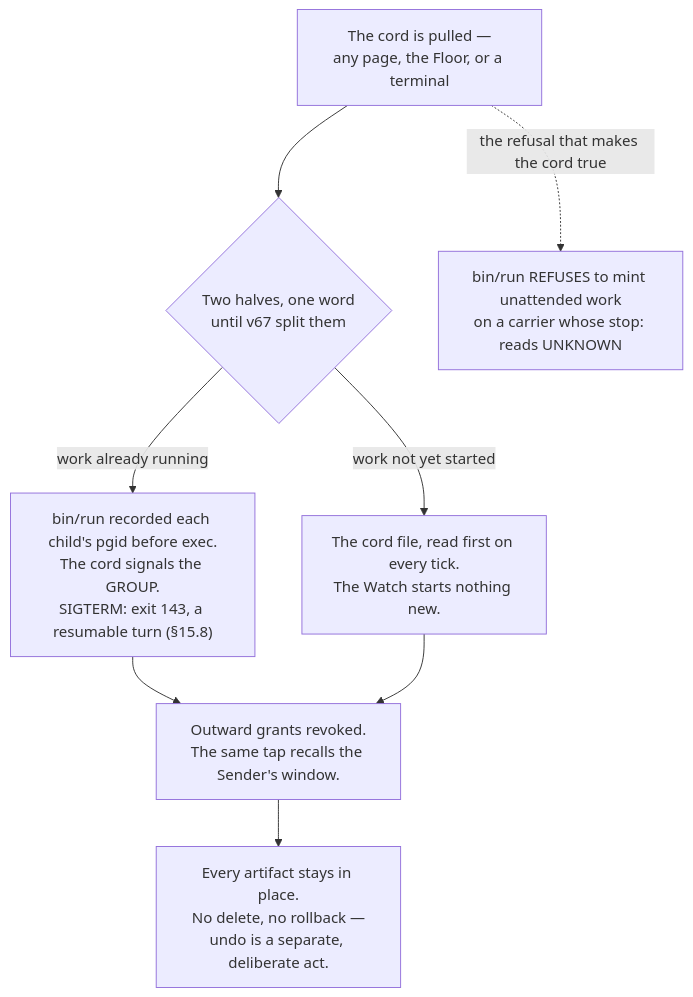
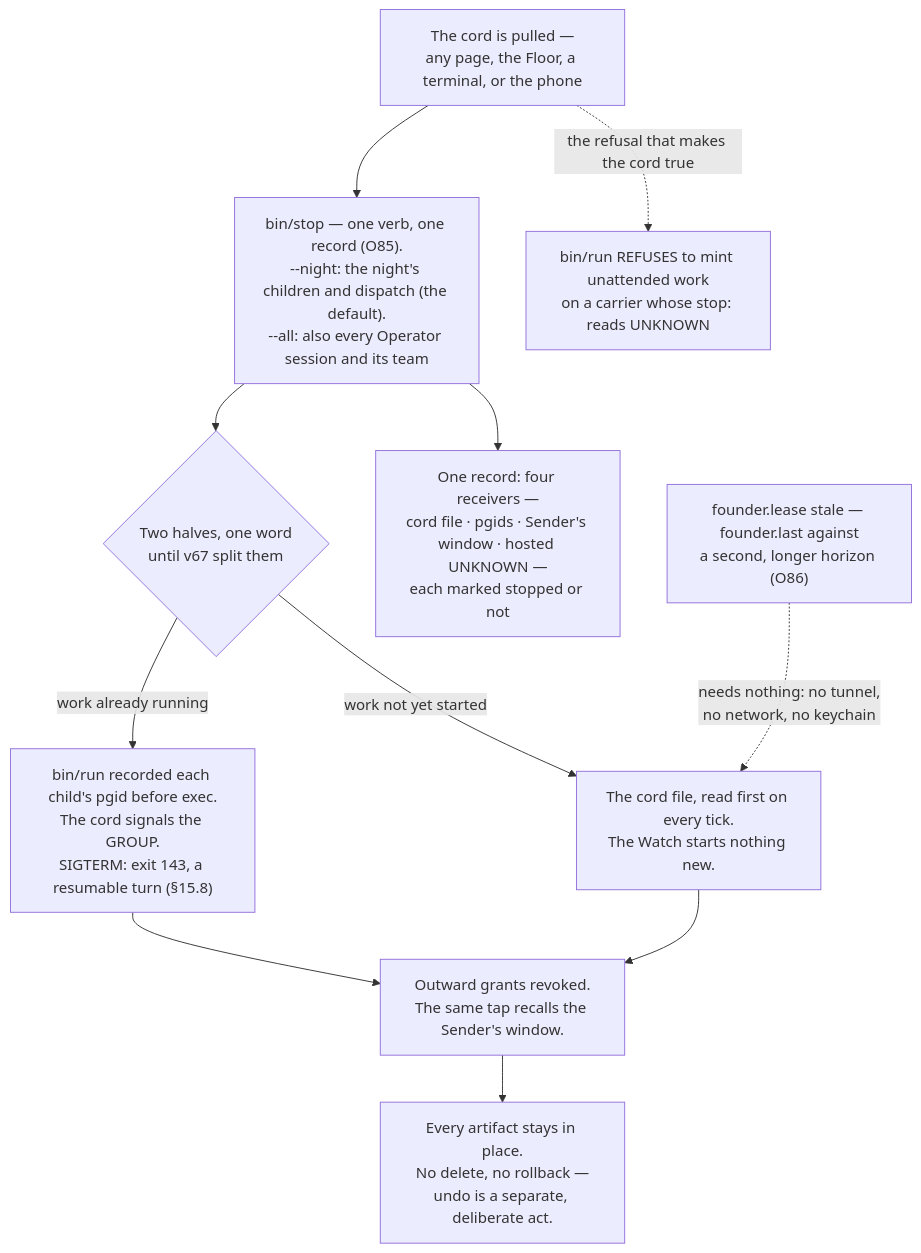
One commit to Adam077K/agentvibe changed the fifth of 5 diagrams in docs/03-system-design/final-v2/parts/12-control.md. Above: the diagram before and after it, drawn with Mermaid. The commit also changed other lines of this file and 3 other files, not shown here.

First line of the commit message:
docs(final-v2): fixer round applied to §9–§12 — fallback chain on the shipped flag, CLIs as the second family with no keys, daemon row, adequacy axis, R12 split, verb table, ladder, one stop verb

````diff
--- a/docs/03-system-design/final-v2/parts/12-control.md
+++ b/docs/03-system-design/final-v2/parts/12-control.md
@@ -513,10 +646,13 @@
 ```mermaid
 flowchart TD
-    PULL["The cord is pulled —<br/>any page, the Floor, or a terminal"] --> TWO{"Two halves, one word<br/>until v67 split them"}
+    PULL["The cord is pulled —<br/>any page, the Floor, a terminal, or the phone"] --> VERB["bin/stop — one verb, one record (O85).<br/>--night: the night's children and dispatch (the default).<br/>--all: also every Operator session and its team"]
+    VERB --> TWO{"Two halves, one word<br/>until v67 split them"}
     TWO -->|"work already running"| SIG["bin/run recorded each child's pgid before exec.<br/>The cord signals the GROUP.<br/>SIGTERM: exit 143, a resumable turn (§15.8)"]
     TWO -->|"work not yet started"| FILE["The cord file, read first on every tick.<br/>The Watch starts nothing new."]
     SIG --> HOLD["Outward grants revoked.<br/>The same tap recalls the Sender's window."]
     FILE --> HOLD
     HOLD --> KEEP["Every artifact stays in place.<br/>No delete, no rollback —<br/>undo is a separate, deliberate act."]
+    VERB --> REC["One record: four receivers —<br/>cord file · pgids · Sender's window · hosted UNKNOWN —<br/>each marked stopped or not"]
     PULL -.->|"the refusal that makes the cord true"| MINT["bin/run REFUSES to mint unattended work<br/>on a carrier whose stop: reads UNKNOWN"]
+    LEASE["founder.lease stale — founder.last against<br/>a second, longer horizon (O86)"] -.->|"needs nothing: no tunnel,<br/>no network, no keychain"| FILE
 ```
````
